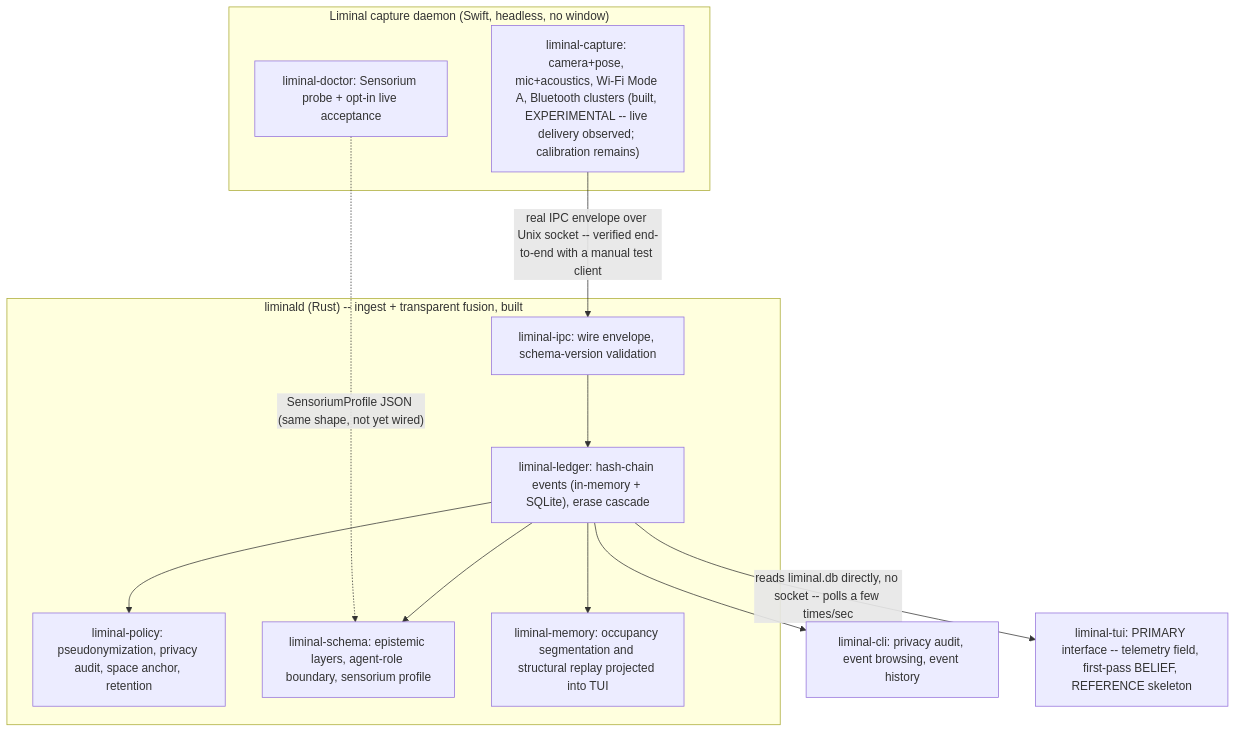
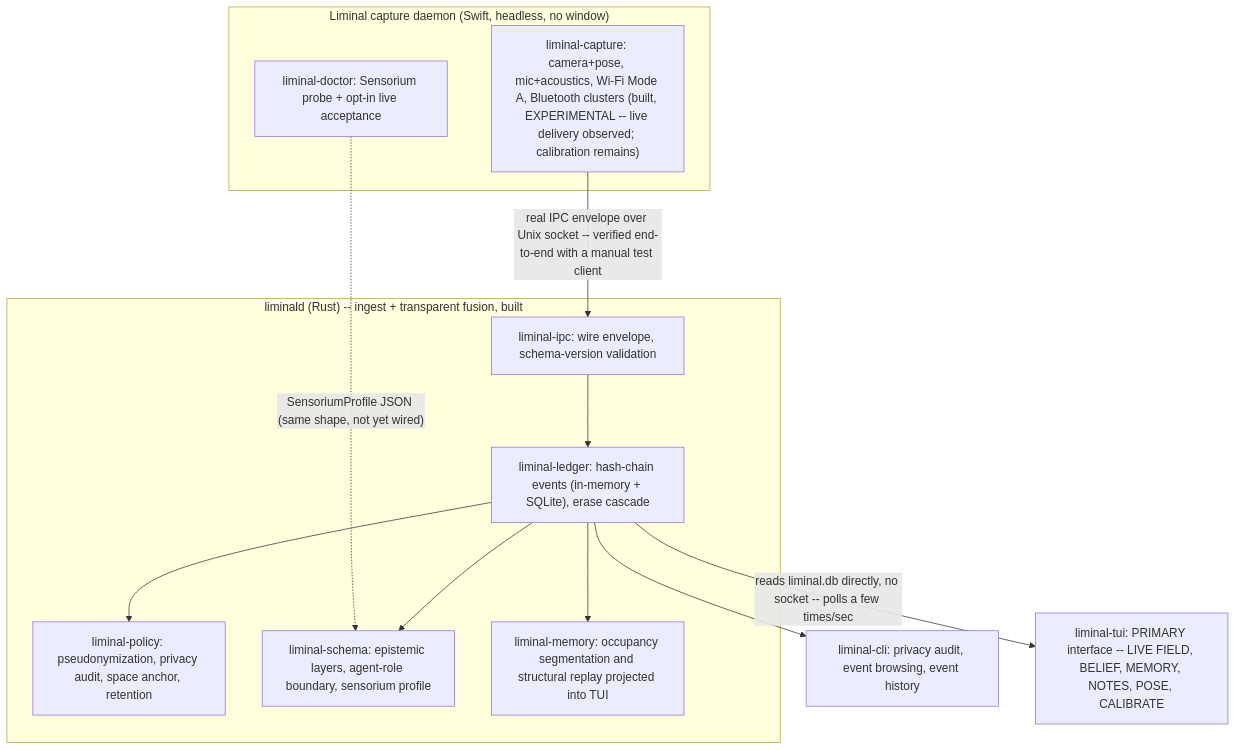
Before and after one commit to randyren278/liminal: the diagram in docs/ARCHITECTURE.md, drawn with Mermaid. The commit also changed other lines of this file and 10 other files, not shown here.

Commit message:
Refresh live TUI documentation and launcher reliability

````diff
--- a/docs/ARCHITECTURE.md
+++ b/docs/ARCHITECTURE.md
@@ -19,25 +19,25 @@
 ```mermaid
 flowchart TB
     subgraph Swift["Liminal capture daemon (Swift, headless, no window)"]
         Doctor["liminal-doctor: Sensorium probe + opt-in live acceptance"]
         Sensors["liminal-capture: camera+pose, mic+acoustics, Wi-Fi Mode A, Bluetooth clusters (built, EXPERIMENTAL -- live delivery observed; calibration remains)"]
     end
         subgraph Rust["liminald (Rust) -- ingest + transparent fusion, built"]
         IPC["liminal-ipc: wire envelope, schema-version validation"]
         Ledger["liminal-ledger: hash-chain events (in-memory + SQLite), erase cascade"]
         Policy["liminal-policy: pseudonymization, privacy audit, space anchor, retention"]
         Schema["liminal-schema: epistemic layers, agent-role boundary, sensorium profile"]
         Memory["liminal-memory: occupancy segmentation and structural replay projected into TUI"]
     end
     CLI["liminal-cli: privacy audit, event browsing, event history"]
-    TUI["liminal-tui: PRIMARY interface -- telemetry field, first-pass BELIEF, REFERENCE skeleton"]
+    TUI["liminal-tui: PRIMARY interface -- LIVE FIELD, BELIEF, MEMORY, NOTES, POSE, CALIBRATE"]
 
     Doctor -.->|"SensoriumProfile JSON (same shape, not yet wired)"| Schema
     Sensors -->|"real IPC envelope over Unix socket -- verified end-to-end with a manual test client"| IPC
     IPC --> Ledger
     Ledger --> Policy
     Ledger --> Schema
     Ledger --> Memory
     Ledger --> CLI
     Ledger -->|"reads liminal.db directly, no socket -- polls a few times/sec"| TUI
 ```
````
